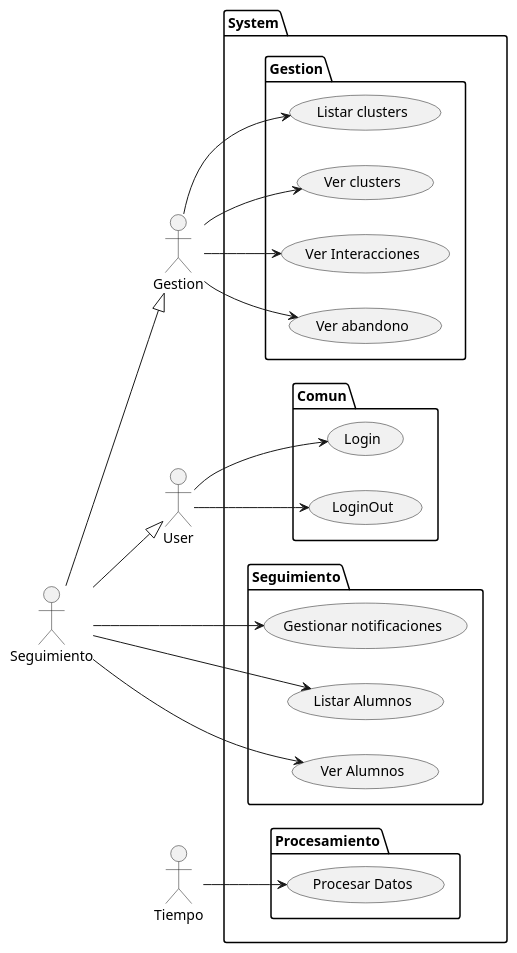
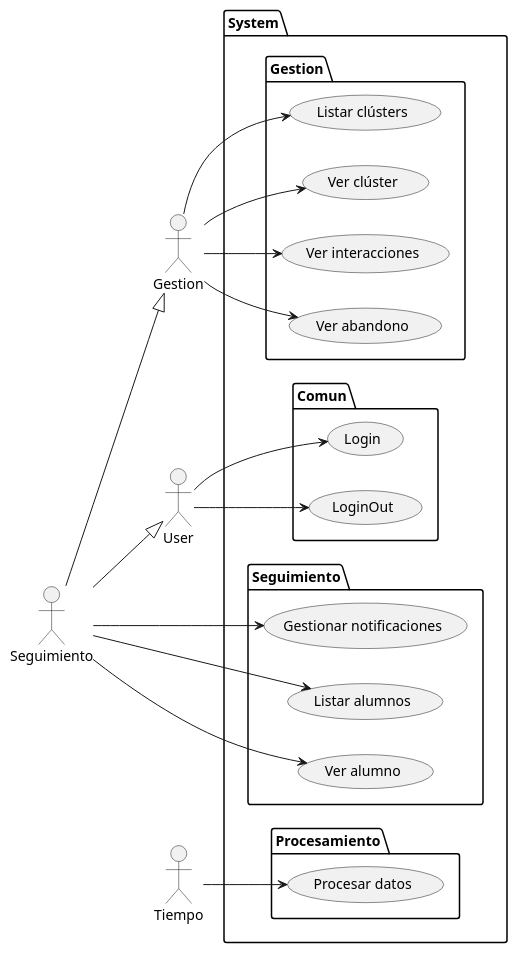
Before and after one commit to mmasias/IdSw1-22-23: the diagram in 000-entregas/Grupo1/CasosDeUso/Cdu.puml, drawn with PlantUML. The commit also changed 12 other files, not shown here.

```diff
--- a/000-entregas/Grupo1/CasosDeUso/Cdu.puml
+++ b/000-entregas/Grupo1/CasosDeUso/Cdu.puml
@@ -1,50 +1,50 @@
 @startuml CasosDeUso
 left to right direction
 
 actor User
 actor "Gestion" as GEST
 actor "Seguimiento"	as SEG
 actor "Tiempo" as Tiempo
 
 User <|-u- SEG
 GEST <|-l- SEG
 
 package System {
 
   package Comun {
     usecase "Login" as Login
     usecase "LoginOut" as LoginOut
   }
   package Seguimiento {
     usecase "Gestionar notificaciones" as GN
-    usecase "Listar Alumnos" as LA
-    usecase "Ver Alumnos" as VA
+    usecase "Listar alumnos" as LA
+    usecase "Ver alumno" as VA
   }
   package Gestion {
-    usecase "Listar clusters" as LC
-    usecase "Ver clusters" as VC
-    usecase "Ver Interacciones" as VI
+    usecase "Listar clústers" as LC
+    usecase "Ver clúster" as VC
+    usecase "Ver interacciones" as VI
     usecase "Ver abandono" as VAB
   }
   package Procesamiento {
-    usecase "Procesar Datos" as PD
+    usecase "Procesar datos" as PD
   }
 }
 
 
 User --> (Login)
 User --> (LoginOut)
 
 SEG --> (LA)
 SEG --> (VA)
 SEG --> (GN)
 
 GEST --> (LC)
 GEST --> (VC)
 GEST --> (VAB)
 GEST --> (VI)
 
 
 Tiempo --> PD
 
 @enduml
```
